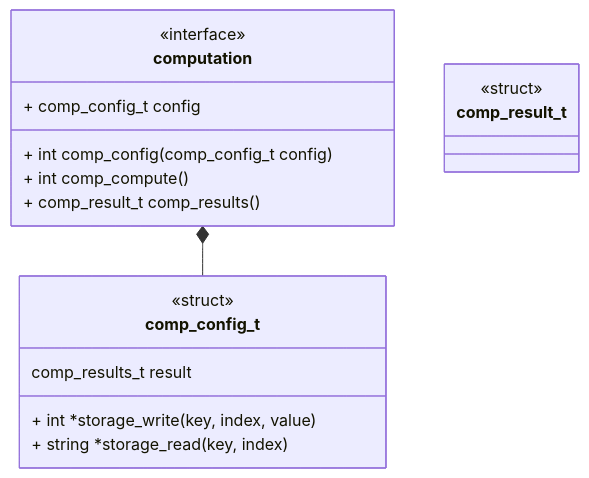
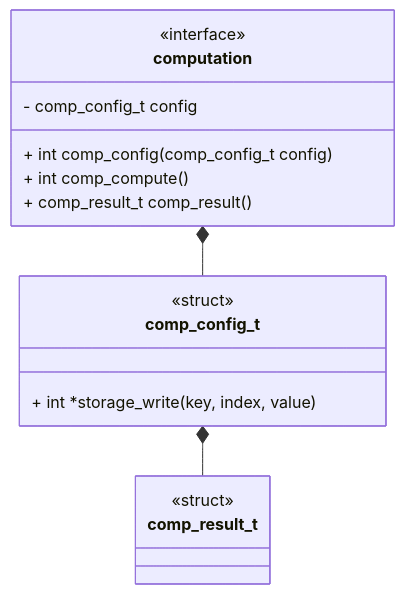
One commit to Uiowa-Applied-Topology/tanglenomicon_core_libraries changed the first of 2 diagrams in docs/unit_description/computation-interface.md. Above: the diagram before and after it, drawn with Mermaid. The commit also changed other lines of this file and 82 other files, not shown here.

````diff
--- a/docs/unit_description/computation-interface.md
+++ b/docs/unit_description/computation-interface.md
@@ -3,23 +3,22 @@
 ```mermaid
 classDiagram
     computation *-- comp_config_t
+    comp_config_t *-- comp_result_t
     class computation {
         <<interface>>
-        + comp_config_t config
+        - comp_config_t config
         + int comp_config(comp_config_t config)
         + int comp_compute()
-        + comp_result_t comp_results()
+        + comp_result_t comp_result()
     }
 
     class comp_config_t {
         <<struct>>
-        comp_results_t result
         + int *storage_write(key, index, value)
-        + string *storage_read(key, index)
     }
 
     class comp_result_t {
         <<struct>>
     }
 
 ```
````
